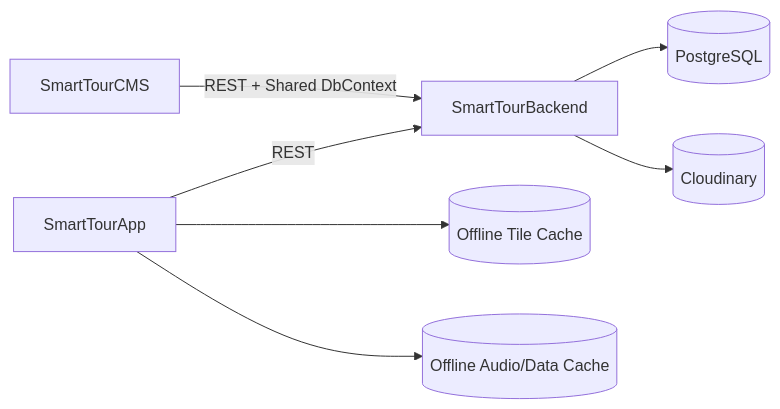
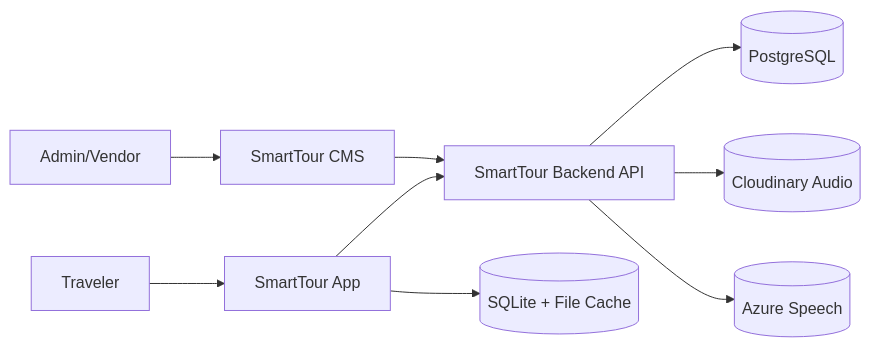
The first of 9 diagrams in PRD_SmartTour.md (EricHoang28092k5/SmartTour), drawn with Mermaid before and after one commit. The commit also changed other lines of this file, not shown here.

````diff
--- a/PRD_SmartTour.md
+++ b/PRD_SmartTour.md
@@ -212,9 +109,11 @@
 ```mermaid
 flowchart LR
-    APP[SmartTourApp] -->|REST| API[SmartTourBackend]
-    CMS[SmartTourCMS] -->|REST + Shared DbContext| API
+    U[Traveler] --> APP[SmartTour App]
+    A[Admin/Vendor] --> CMS[SmartTour CMS]
+    APP --> API[SmartTour Backend API]
+    CMS --> API
     API --> DB[(PostgreSQL)]
-    API --> CND[(Cloudinary)]
-    APP --> OFFMAP[(Offline Tile Cache)]
-    APP --> OFFDB[(Offline Audio/Data Cache)]
+    API --> CLD[(Cloudinary Audio)]
+    API --> TTS[(Azure Speech)]
+    APP --> CACHE[(SQLite + File Cache)]
 ```
````
